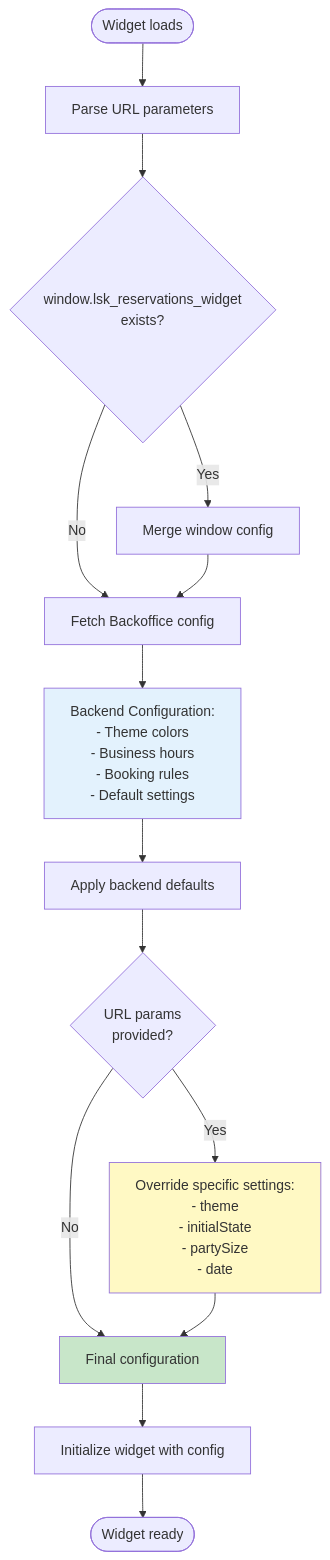
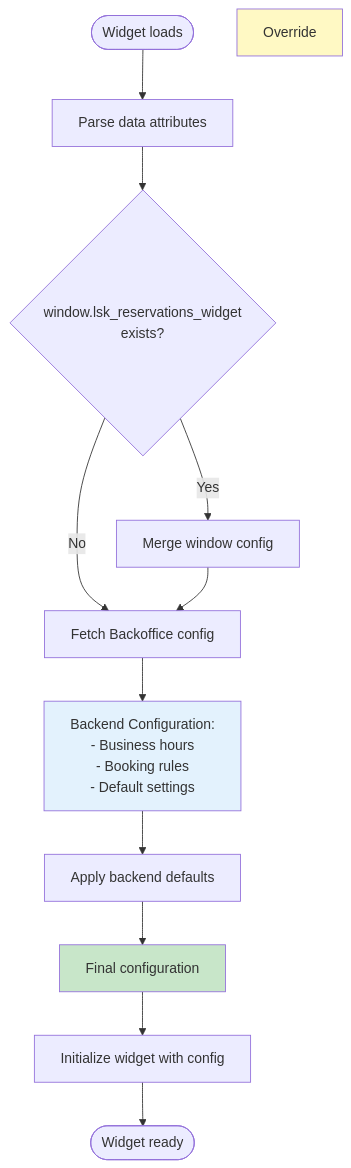
One commit to ls-andrei-kim/widget-rfc changed the second of 2 diagrams in README.md. Above: the diagram before and after it, drawn with Mermaid. The commit also changed other lines of this file, not shown here.

Commit message:
Revise reservation widget RFC for clarity and technical updates

````diff
--- a/README.md
+++ b/README.md
@@ -182,25 +189,21 @@
 ```mermaid
 flowchart TD
-    Start([Widget loads]) --> ParseURL[Parse URL parameters]
-    ParseURL --> CheckWindow{window.lsk_reservations_widget<br/>exists?}
+    Start([Widget loads]) --> ParseData[Parse data attributes]
+    ParseData --> CheckWindow{window.lsk_reservations_widget<br/>exists?}
 
     CheckWindow -->|Yes| MergeWindow[Merge window config]
     CheckWindow -->|No| FetchBackend[Fetch Backoffice config]
     MergeWindow --> FetchBackend
 
-    FetchBackend --> BackendConfig[Backend Configuration:<br/>- Theme colors<br/>- Business hours<br/>- Booking rules<br/>- Default settings]
+    FetchBackend --> BackendConfig[Backend Configuration:<br/>- Business hours<br/>- Booking rules<br/>- Default settings]
 
     BackendConfig --> ApplyDefaults[Apply backend defaults]
-    ApplyDefaults --> CheckOverrides{URL params<br/>provided?}
+    ApplyDefaults --> UseFinal[Final configuration]
 
-    CheckOverrides -->|Yes| Override[Override specific settings:<br/>- theme<br/>- initialState<br/>- partySize<br/>- date]
-    CheckOverrides -->|No| UseFinal
-
-    Override --> UseFinal[Final configuration]
     UseFinal --> InitWidget[Initialize widget with config]
     InitWidget --> End([Widget ready])
 
     style BackendConfig fill:#e3f2fd
     style Override fill:#fff9c4
     style UseFinal fill:#c8e6c9
 ```
````
